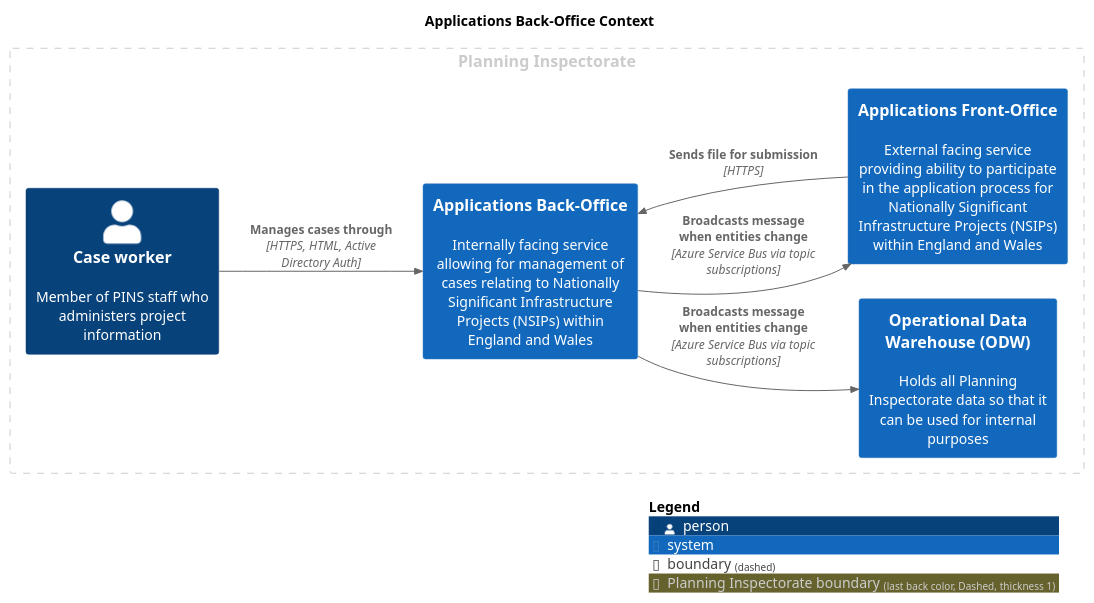
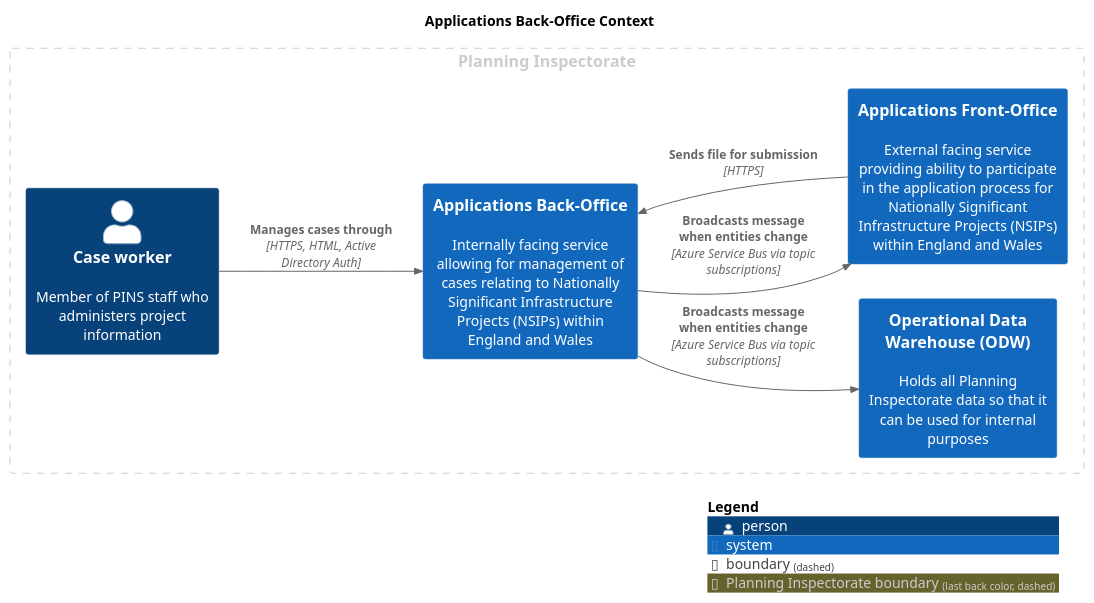
Before and after one commit to Planning-Inspectorate/applications-service: the diagram in master/puml/ApplicationsBOContext.puml, drawn with PlantUML. The commit also changed 82 other files, not shown here.

Commit message:
Deploying to gh-pages from @ Planning-Inspectorate/applications-service@4ad576054b1cbad4593e98b7d67d70a939f28d7c 🚀

```diff
--- a/master/puml/ApplicationsBOContext.puml
+++ b/master/puml/ApplicationsBOContext.puml
@@ -1,25 +1,25 @@
 @startuml
 set separator none
 title Applications Back-Office Context
 
 left to right direction
 
 !include <C4/C4>
 !include <C4/C4_Context>
 
-AddBoundaryTag("Planning Inspectorate", $borderColor="#cccccc", $fontColor="#cccccc", $borderStyle="Dashed", $borderThickness="1")
+AddBoundaryTag("Planning Inspectorate", $borderColor="#cccccc", $fontColor="#cccccc", $borderStyle="dashed")
 Boundary(group_1, "Planning Inspectorate", $tags="Planning Inspectorate") {
   System(ApplicationsBackOffice, "Applications Back-Office", $descr="Internally facing service allowing for management of cases relating to Nationally Significant Infrastructure Projects (NSIPs) within England and Wales", $tags="", $link="")
   System(OperationalDataWarehouseODW, "Operational Data Warehouse (ODW)", $descr="Holds all Planning Inspectorate data so that it can be used for internal purposes", $tags="", $link="")
   Person(Caseworker, "Case worker", $descr="Member of PINS staff who administers project information", $tags="", $link="")
   System(ApplicationsFrontOffice, "Applications Front-Office", $descr="External facing service providing ability to participate in the application process for Nationally Significant Infrastructure Projects (NSIPs) within England and Wales", $tags="", $link="")
 }
 
 
 Rel(ApplicationsFrontOffice, ApplicationsBackOffice, "Sends file for submission", $techn="HTTPS", $tags="", $link="")
 Rel(Caseworker, ApplicationsBackOffice, "Manages cases through", $techn="HTTPS, HTML, Active Directory Auth", $tags="", $link="")
 Rel(ApplicationsBackOffice, OperationalDataWarehouseODW, "Broadcasts message when entities change", $techn="Azure Service Bus via topic subscriptions", $tags="", $link="")
 Rel(ApplicationsBackOffice, ApplicationsFrontOffice, "Broadcasts message when entities change", $techn="Azure Service Bus via topic subscriptions", $tags="", $link="")
 
 SHOW_LEGEND(true)
 @enduml
```
